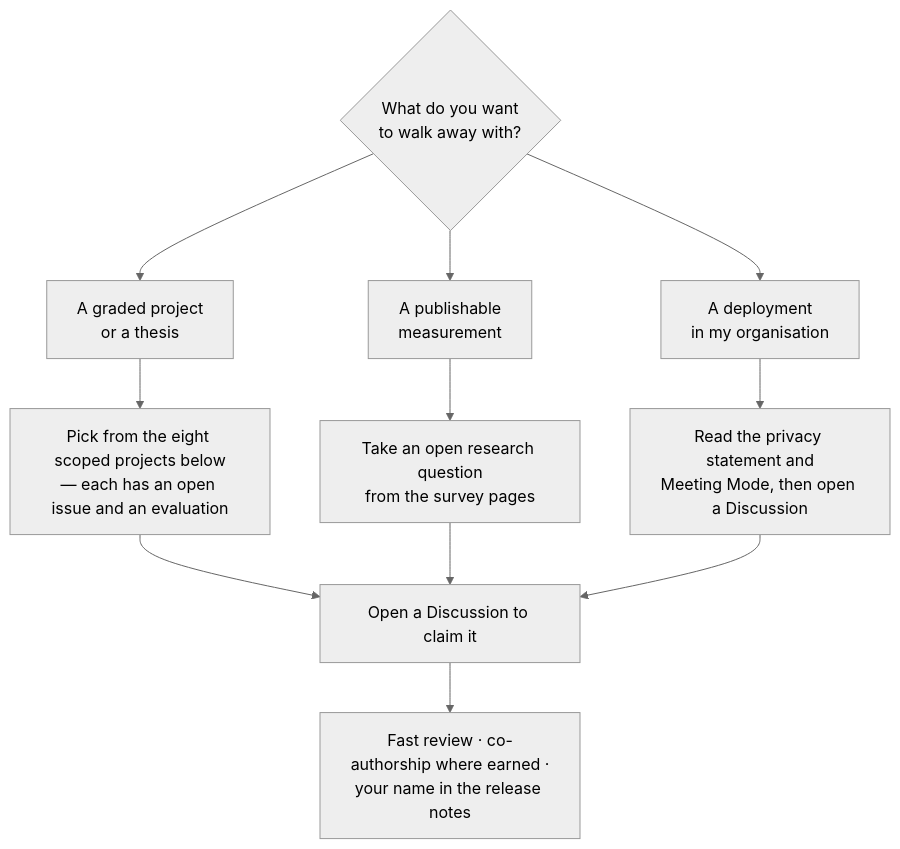
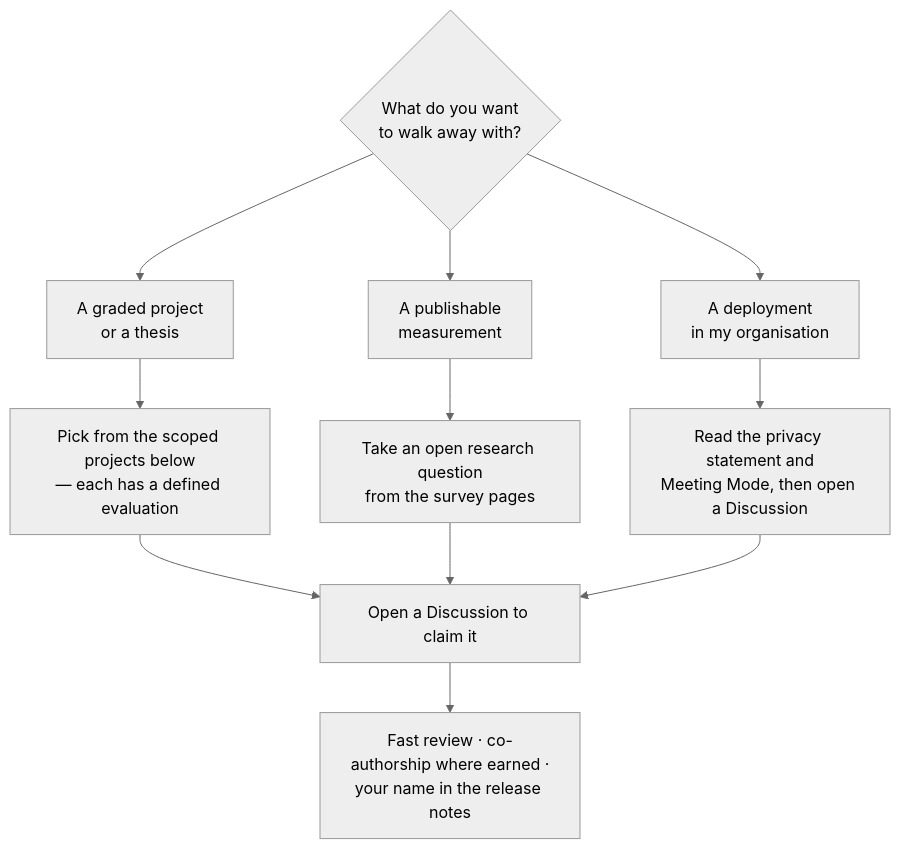
Before and after one commit to MSKazemi/yazses: the diagram in docs/research/get-involved.md, drawn with Mermaid (neutral theme). The commit also changed other lines of this file and 14 other files, not shown here.

````diff
--- a/docs/research/get-involved.md
+++ b/docs/research/get-involved.md
@@ -19,13 +19,13 @@
 ```mermaid
 flowchart TD
     Q{What do you want<br/>to walk away with?} --> A[A graded project<br/>or a thesis]
     Q --> B[A publishable<br/>measurement]
     Q --> C[A deployment<br/>in my organisation]
-    A --> A1["Pick from the eight scoped projects below<br/>— each has an open issue and an evaluation"]
+    A --> A1["Pick from the scoped projects below<br/>— each has a defined evaluation"]
     B --> B1["Take an open research question<br/>from the survey pages"]
     C --> C1["Read the privacy statement and<br/>Meeting Mode, then open a Discussion"]
     A1 --> D[Open a Discussion to claim it]
     B1 --> D
     C1 --> D
     D --> E["Fast review · co-authorship where earned ·<br/>your name in the release notes"]
 ```
````
